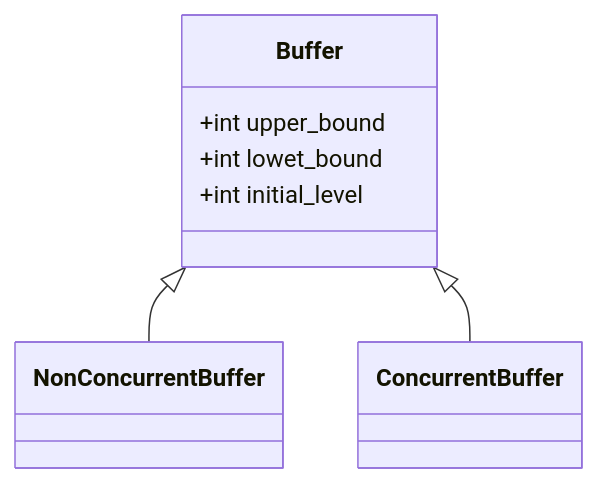
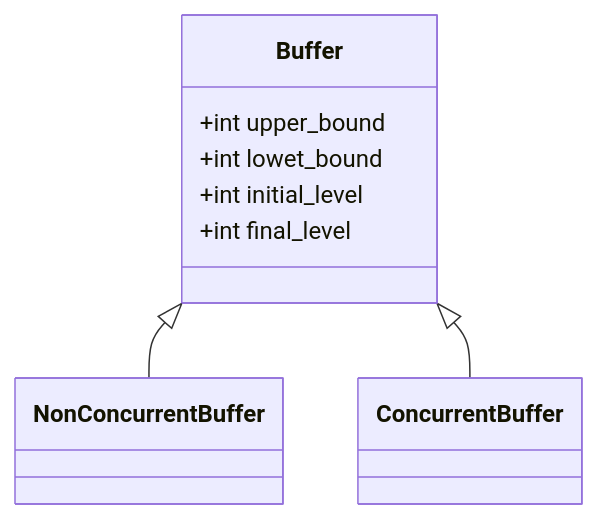
The diagram in docs/buffer.md (tpaviot/ProcessScheduler), drawn with Mermaid before and after one commit. The commit also changed other lines of this file and 5 other files, not shown here.

````diff
--- a/docs/buffer.md
+++ b/docs/buffer.md
@@ -9,10 +9,11 @@
 ``` mermaid
 classDiagram
   Buffer <|-- NonConcurrentBuffer
   Buffer <|-- ConcurrentBuffer
 class Buffer{
     +int upper_bound
     +int lowet_bound
     +int initial_level
+    +int final_level
 }
 ```
````
